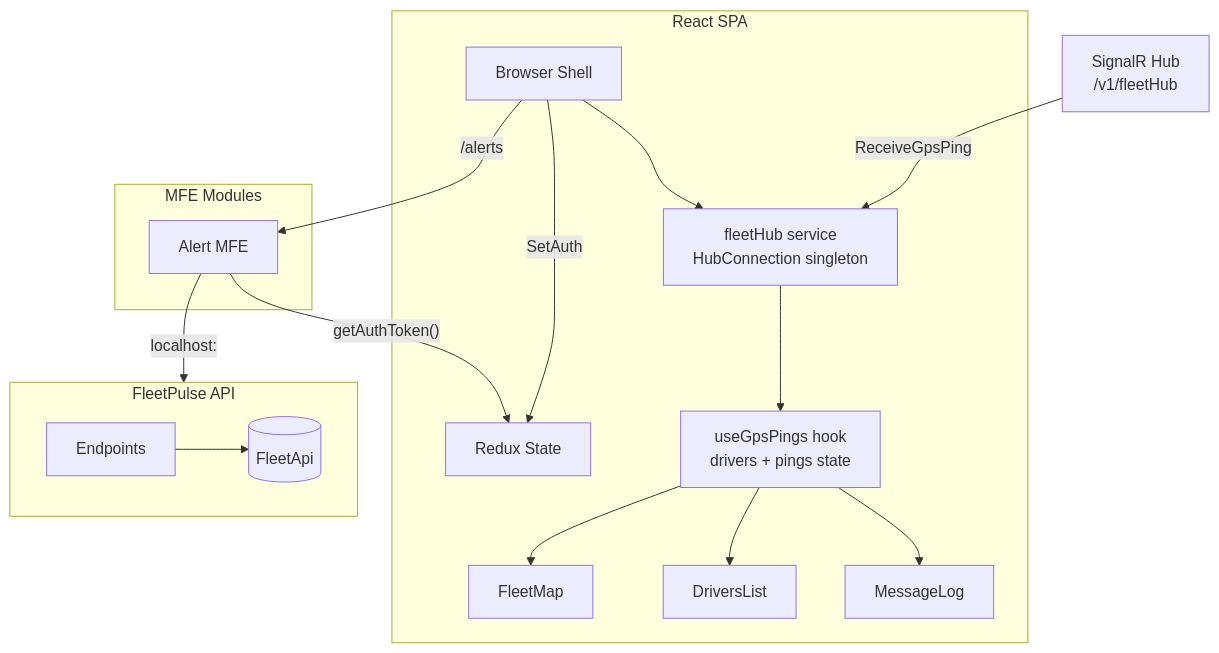
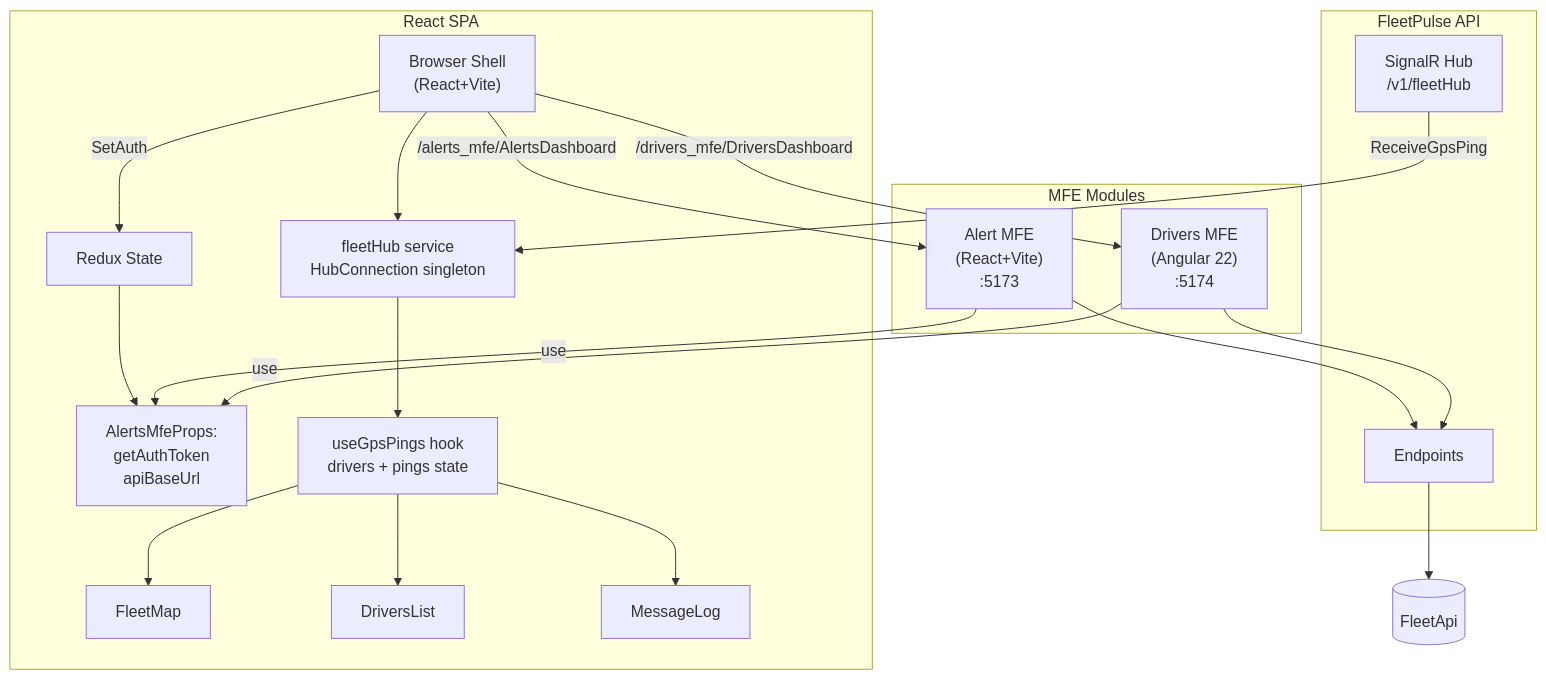
Before and after one commit to josehvaldes/fleetpulsesystem: the diagram in docs/services/frontend.md, drawn with Mermaid. The commit also changed 23 other files, not shown here.

Commit message:
Update frontend.md docs and include an angular module for DriversDashboard component

````diff
--- a/docs/services/frontend.md
+++ b/docs/services/frontend.md
@@ -13,42 +13,50 @@
 ```mermaid
 graph TD
 
-Hub[SignalR Hub<br/>/v1/fleetHub]
-
 subgraph Browser[React SPA]
-Shell[Browser Shell]
+Shell["Browser Shell<br/>(React+Vite)"]
 Redux[Redux State]
+AlertsMfeProps[AlertsMfeProps: <br/>getAuthToken <br/> apiBaseUrl]
 Service[fleetHub service<br/>HubConnection singleton]
 Hook[useGpsPings hook<br/>drivers + pings state]
 Map[FleetMap]
 List[DriversList]
 Log[MessageLog]
 
 end
 
 Shell --> Service
 Hub -- "ReceiveGpsPing" --> Service
 Service --> Hook
 Hook --> Map
 Hook --> List
 Hook --> Log
+Redux --> AlertsMfeProps
 
 subgraph MFE[MFE Modules]
-AlertModule[Alert MFE]
+AlertsModule["Alert MFE <br/>(React+Vite)<br/>:5173"]
+DriversModule["Drivers MFE <br/>(Angular 22)<br/>:5174"]
 end
 
+
 subgraph API[FleetPulse API]
+Hub[SignalR Hub<br/>/v1/fleetHub]
 Endpoints[Endpoints]
+end
+
 Database[(FleetApi)]
-end
+
 Endpoints --> Database
 
-Shell -- "/alerts"--> AlertModule
-AlertModule -- "localhost:" --> API
+Shell -- "/alerts_mfe/AlertsDashboard"--> AlertsModule
+Shell -- "/drivers_mfe/DriversDashboard" --> DriversModule
 
-AlertModule -- "getAuthToken()" -->Redux
+AlertsModule -- "use" -->AlertsMfeProps
+DriversModule -- "use" -->AlertsMfeProps
+
+AlertsModule --> Endpoints
+DriversModule --> Endpoints
+
 Shell -- "SetAuth" --> Redux
 
-
-
 ```
````
